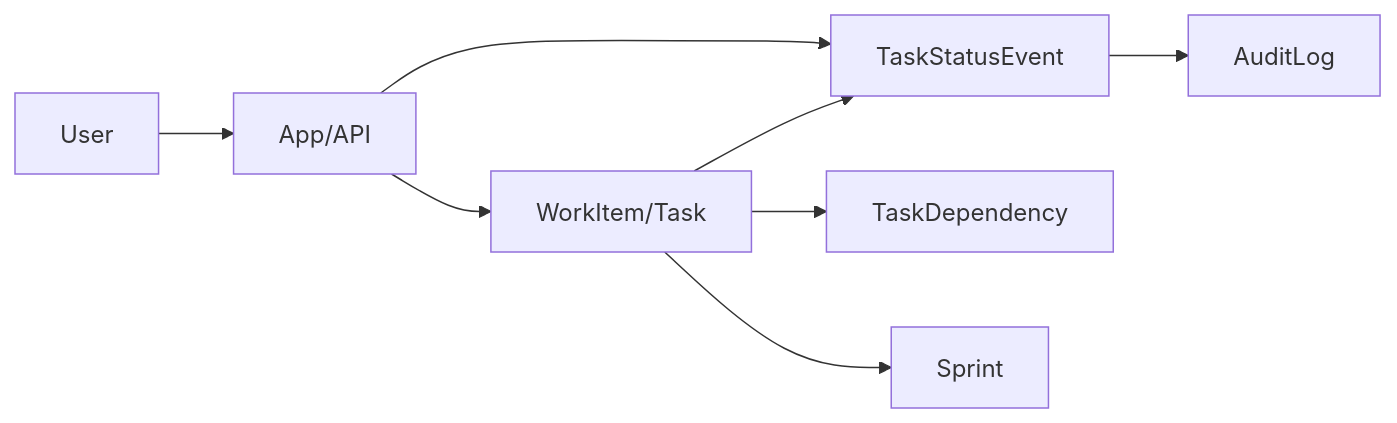
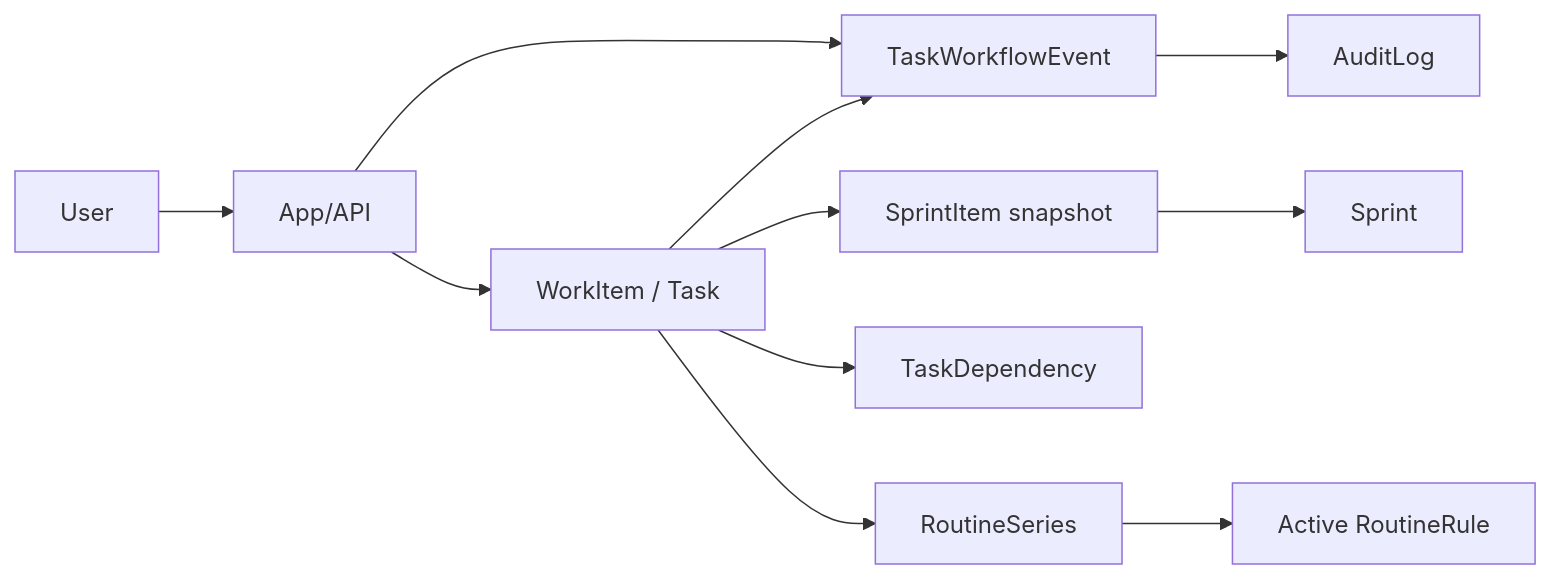
One commit to Hosi121/holoplax changed the fourth of 7 diagrams in doc/architecture.md. Above: the diagram before and after it, drawn with Mermaid. The commit also changed other lines of this file and 1 other file, not shown here.

Commit message:
docs(architecture): document work item boundaries

````diff
--- a/doc/architecture.md
+++ b/doc/architecture.md
@@ -39,10 +39,13 @@
 ```mermaid
 flowchart LR
   User[User] --> App[App/API]
-  App --> Task[WorkItem/Task]
-  App --> StatusEvent[TaskStatusEvent]
-  Task --> StatusEvent
-  StatusEvent --> Audit[AuditLog]
+  App --> Task[WorkItem / Task]
+  App --> Workflow[TaskWorkflowEvent]
+  Task --> Workflow
+  Task --> Item[SprintItem snapshot]
+  Item --> Sprint[Sprint]
+  Workflow --> Audit[AuditLog]
   Task --> Dep[TaskDependency]
-  Task --> Sprint[Sprint]
+  Task --> Series[RoutineSeries]
+  Series --> Rule[Active RoutineRule]
 ```
````
